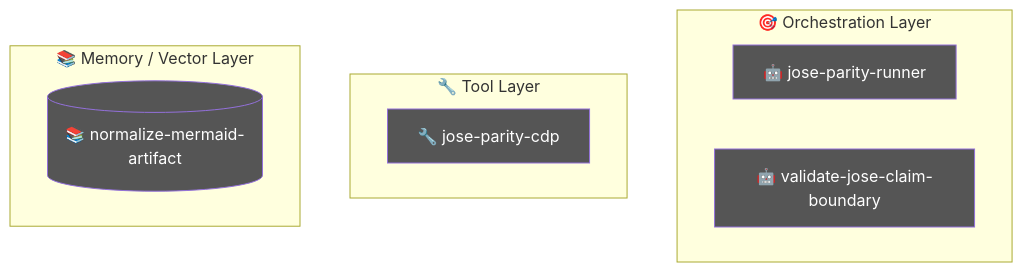
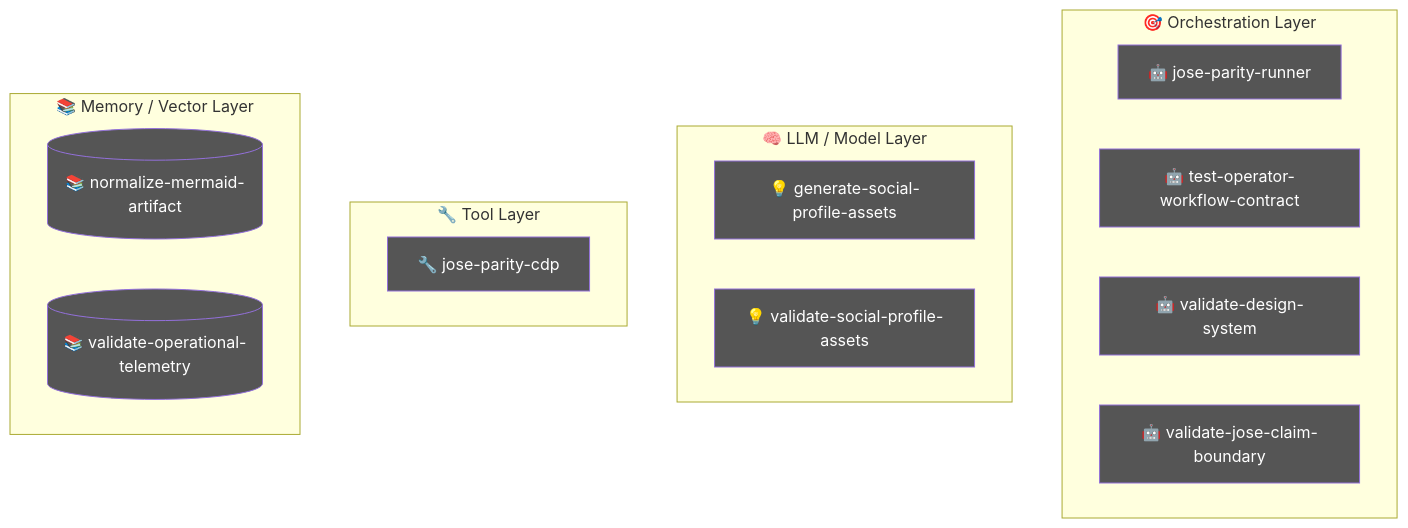
The diagram in .diagram/agent.mmd (jscraik/websites), drawn with Mermaid before and after one commit. The commit also changed 8 other files, not shown here.

First line of the commit message:
chore(diagrams): refresh architecture evidence

```diff
--- a/.diagram/agent.mmd
+++ b/.diagram/agent.mmd
@@ -1,18 +1,26 @@
 flowchart TD
   subgraph Orchestration["🎯 Orchestration Layer"]
     jose_parity_runner_50cc4344["🤖 jose-parity-runner"]
+    test_operator_workflow_contract_b4a152d7["🤖 test-operator-workflow-contract"]
+    validate_design_system_b8a5f37c["🤖 validate-design-system"]
     validate_jose_claim_boundary_01082824["🤖 validate-jose-claim-boundary"]
+  end
+  subgraph LLMLayer["🧠 LLM / Model Layer"]
+    generate_social_profile_assets_f4f94011["💡 generate-social-profile-assets"]
+    validate_social_profile_assets_a023937b["💡 validate-social-profile-assets"]
   end
   subgraph ToolLayer["🔧 Tool Layer"]
     jose_parity_cdp_bdcde21d["🔧 jose-parity-cdp"]
   end
   subgraph MemoryLayer["📚 Memory / Vector Layer"]
     normalize_mermaid_artifact_9dba7231[("📚 normalize-mermaid-artifact")]
+    validate_operational_telemetry_cb447bde[("📚 validate-operational-telemetry")]
   end
   classDef agentNode fill:#555,color:#fff
-  class jose_parity_runner_50cc4344,validate_jose_claim_boundary_01082824 agentNode
+  class jose_parity_runner_50cc4344,test_operator_workflow_contract_b4a152d7,validate_design_system_b8a5f37c,validate_jose_claim_boundary_01082824 agentNode
   classDef llmNode fill:#555,color:#fff
+  class generate_social_profile_assets_f4f94011,validate_social_profile_assets_a023937b llmNode
   classDef toolNode fill:#555,color:#fff
   class jose_parity_cdp_bdcde21d toolNode
   classDef memNode fill:#555,color:#fff
-  class normalize_mermaid_artifact_9dba7231 memNode
+  class normalize_mermaid_artifact_9dba7231,validate_operational_telemetry_cb447bde memNode
```
